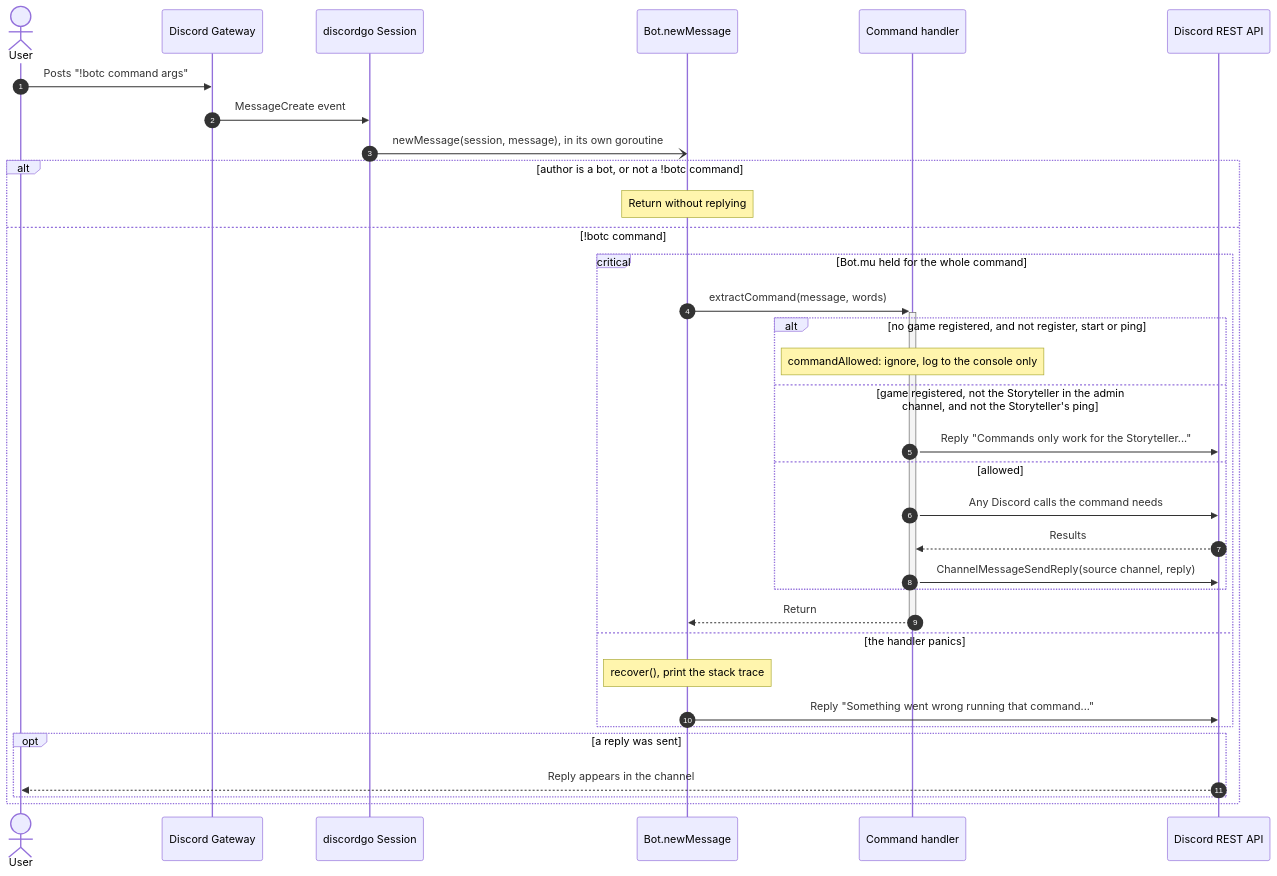
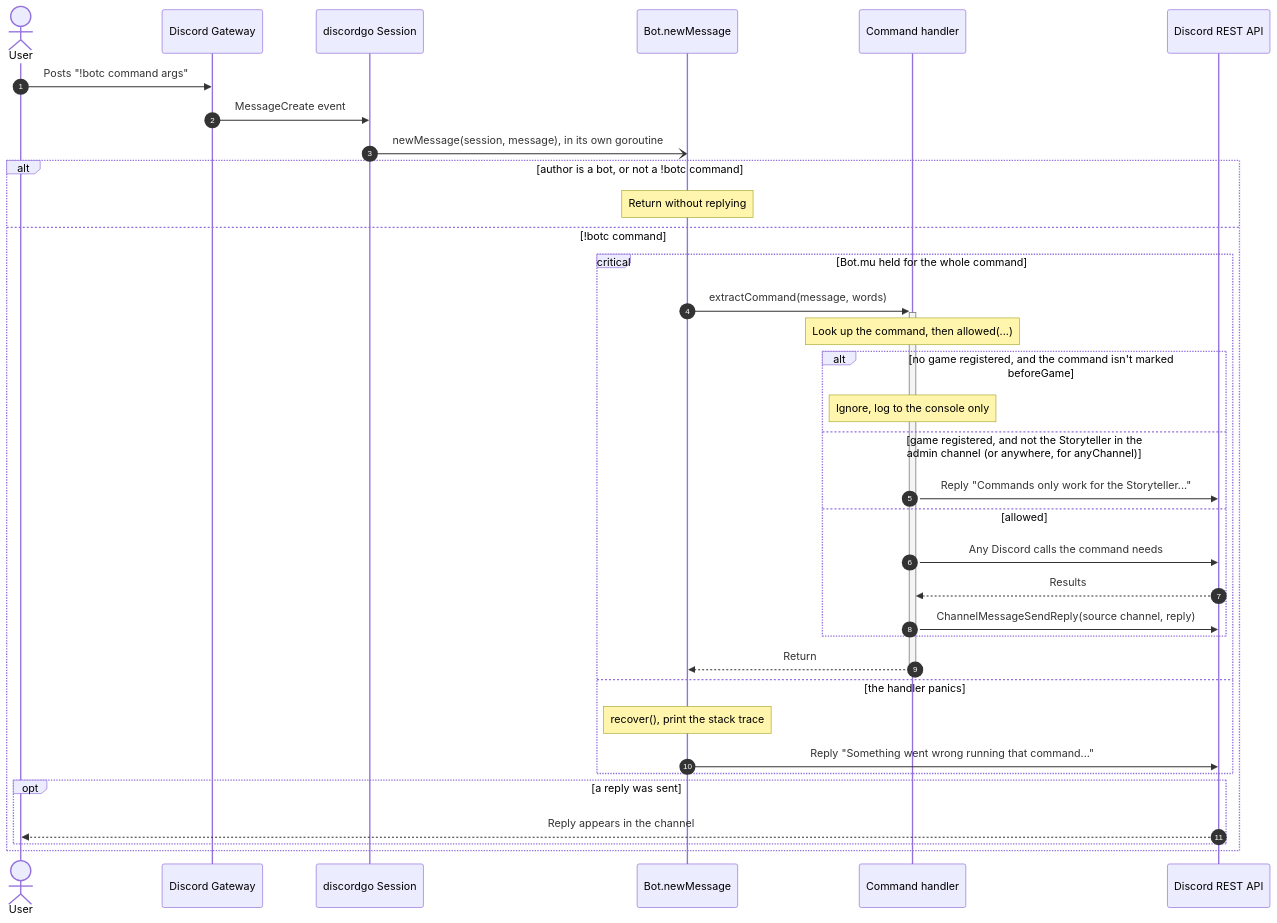
One commit to RAGNOARAKNOS/BotOnTheClocktower changed the second of 3 diagrams in docs/uml/command-dispatch.md. Above: the diagram before and after it, drawn with Mermaid. The commit also changed other lines of this file and 13 other files, not shown here.

````diff
--- a/docs/uml/command-dispatch.md
+++ b/docs/uml/command-dispatch.md
@@ -48,37 +50,38 @@
 ```mermaid
 sequenceDiagram
     autonumber
     actor User
     participant Gateway as Discord Gateway
     participant Session as discordgo Session
     participant Bot as Bot.newMessage
     participant Handler as Command handler
     participant REST as Discord REST API
 
     User->>Gateway: Posts "!botc command args"
     Gateway->>Session: MessageCreate event
     Session-)Bot: newMessage(session, message), in its own goroutine
     alt author is a bot, or not a !botc command
         Note over Bot: Return without replying
     else !botc command
         critical Bot.mu held for the whole command
             Bot->>+Handler: extractCommand(message, words)
-            alt no game registered, and not register, start or ping
-                Note over Handler: commandAllowed: ignore, log to the console only
-            else game registered, not the Storyteller in the admin channel, and not the Storyteller's ping
+            Note over Handler: Look up the command, then allowed(...)
+            alt no game registered, and the command isn't marked beforeGame
+                Note over Handler: Ignore, log to the console only
+            else game registered, and not the Storyteller in the admin channel (or anywhere, for anyChannel)
                 Handler->>REST: Reply "Commands only work for the Storyteller..."
             else allowed
                 Handler->>REST: Any Discord calls the command needs
                 REST-->>Handler: Results
                 Handler->>REST: ChannelMessageSendReply(source channel, reply)
             end
             Handler-->>-Bot: Return
         option the handler panics
             Note over Bot: recover(), print the stack trace
             Bot->>REST: Reply "Something went wrong running that command..."
         end
         opt a reply was sent
             REST-->>User: Reply appears in the channel
         end
     end
 ```
````
